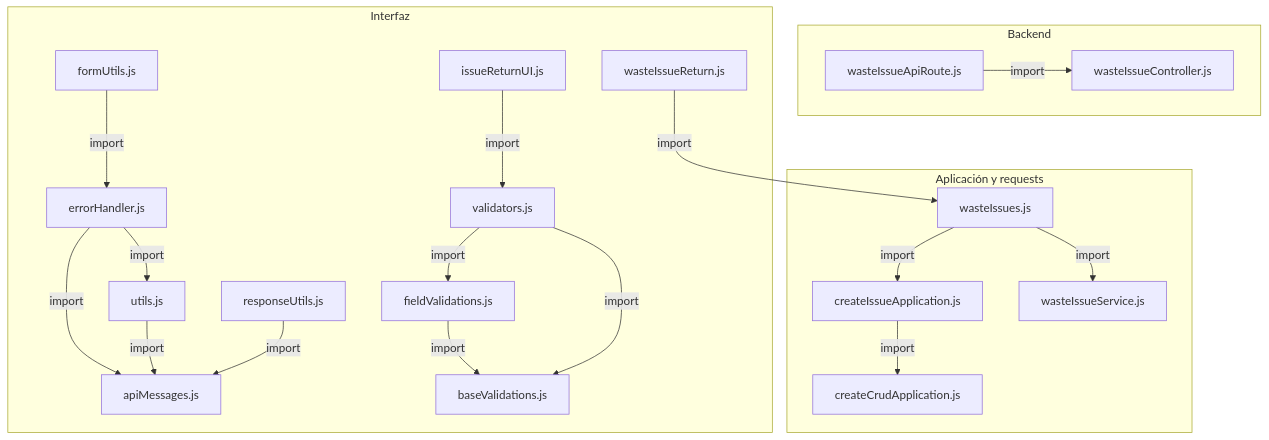
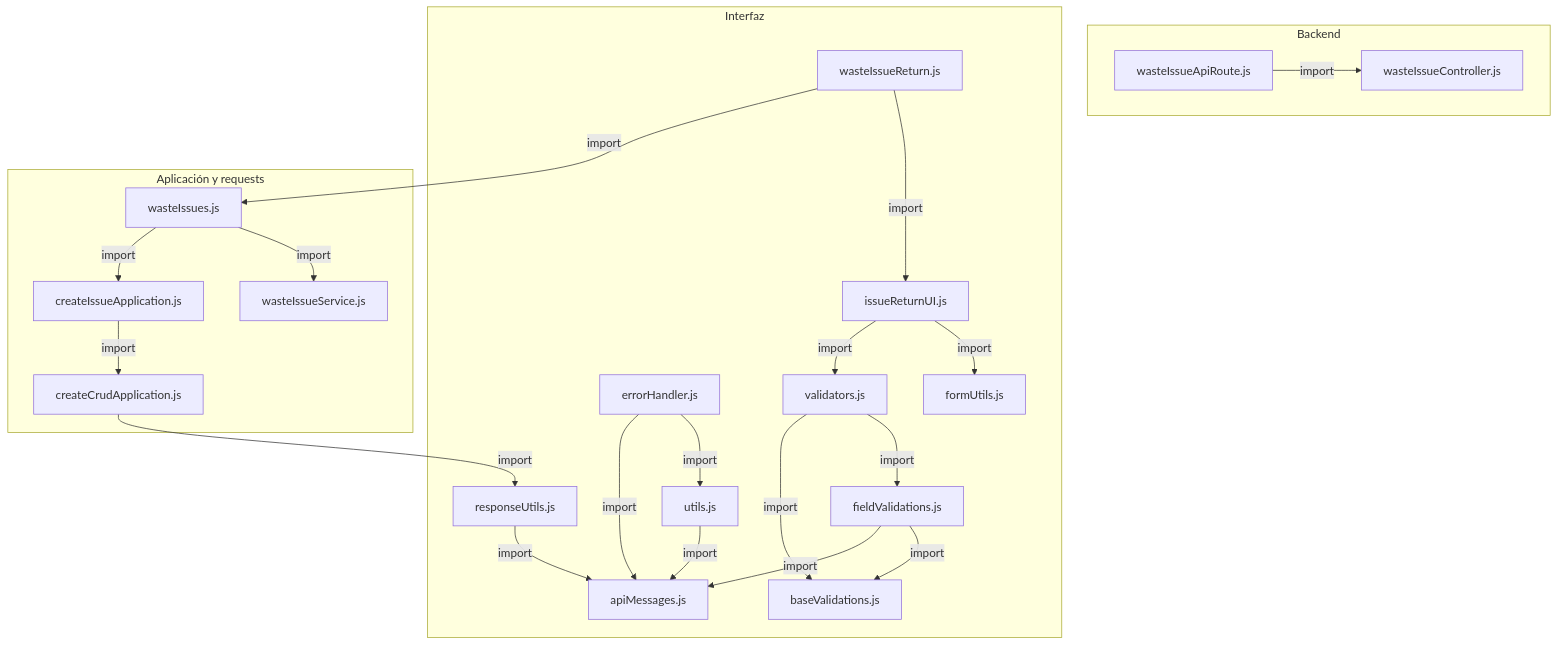
Before and after one commit to gpgsistemas01/nexus: the first of 3 diagrams in docs/architecture/views/processes/frontend-code-sequences/issues/cu-sal-13.md, drawn with Mermaid. The commit also changed 200 other files, not shown here.

````diff
--- a/docs/architecture/views/processes/frontend-code-sequences/issues/cu-sal-13.md
+++ b/docs/architecture/views/processes/frontend-code-sequences/issues/cu-sal-13.md
@@ -51,39 +51,42 @@
 ```mermaid
 flowchart TB
     subgraph Component0["Backend"]
         API["wasteIssueController.js"]
         Transport["wasteIssueApiRoute.js"]
     end
     subgraph Component1["Interfaz"]
         FileErrorHandler["errorHandler.js"]
         FileUtils["utils.js"]
         FileApiMessages["apiMessages.js"]
         Issue["wasteIssueReturn.js"]
         Return["issueReturnUI.js"]
         FormUtils["formUtils.js"]
         FileResponseUtils["responseUtils.js"]
         FileBaseValidations["baseValidations.js"]
         FileFieldValidations["fieldValidations.js"]
         FileValidators["validators.js"]
     end
     subgraph Component2["Aplicación y requests"]
         Application["createCrudApplication.js"]
         FileCreateIssueApplication["createIssueApplication.js"]
         App["wasteIssues.js"]
         Request["wasteIssueService.js"]
     end
+    App -->|import| FileCreateIssueApplication
+    App -->|import| Request
+    Application -->|import| FileResponseUtils
+    FileCreateIssueApplication -->|import| Application
     FileErrorHandler -->|import| FileApiMessages
     FileErrorHandler -->|import| FileUtils
+    FileFieldValidations -->|import| FileApiMessages
+    FileFieldValidations -->|import| FileBaseValidations
+    FileResponseUtils -->|import| FileApiMessages
     FileUtils -->|import| FileApiMessages
-    FileCreateIssueApplication -->|import| Application
-    App -->|import| Request
-    App -->|import| FileCreateIssueApplication
-    Issue -->|import| App
-    Return -->|import| FileValidators
-    FormUtils -->|import| FileErrorHandler
-    FileResponseUtils -->|import| FileApiMessages
-    FileFieldValidations -->|import| FileBaseValidations
     FileValidators -->|import| FileBaseValidations
     FileValidators -->|import| FileFieldValidations
+    Issue -->|import| App
+    Issue -->|import| Return
+    Return -->|import| FileValidators
+    Return -->|import| FormUtils
     Transport -->|import| API
 ```
````
